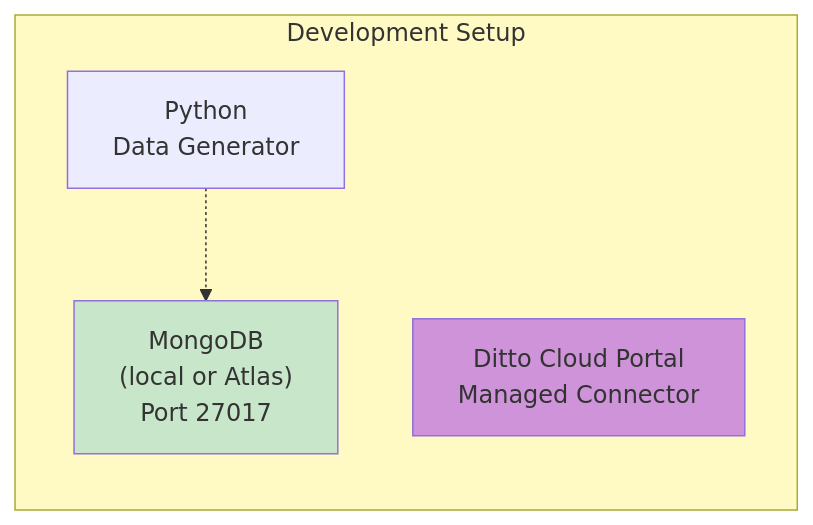
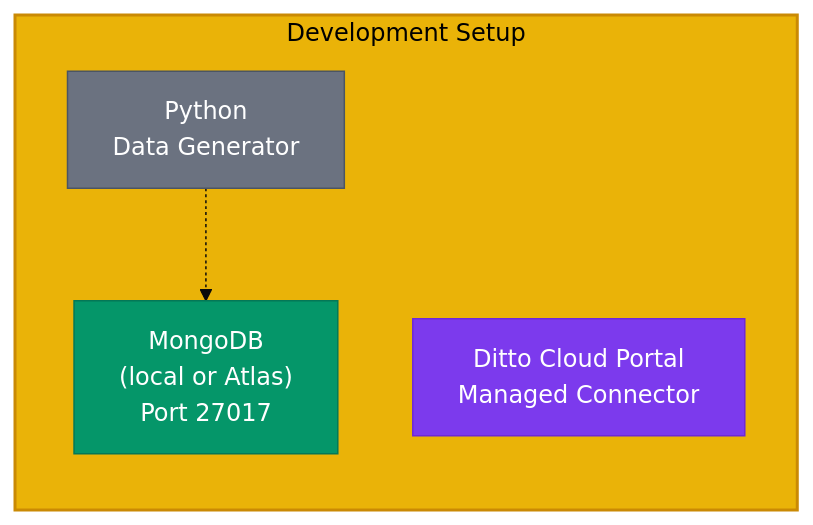
Before and after one commit to ditto-examples/retail-demo-zava-dyi-dataset: the seventh of 9 diagrams in docs/ARCHITECTURE.md, drawn with Mermaid. The commit also changed other lines of this file and 2 other files, not shown here.

Commit message:
feat: fixed diagram rendering colors

````diff
--- a/docs/ARCHITECTURE.md
+++ b/docs/ARCHITECTURE.md
@@ -854,14 +857,16 @@
 ```mermaid
+%%{init: {'theme':'base', 'themeVariables': { 'primaryColor':'#2563eb','primaryTextColor':'#fff','primaryBorderColor':'#1e40af'}}}%%
 graph LR
     subgraph dev["Development Setup"]
         mongodb_dev["MongoDB<br/>(local or Atlas)<br/>Port 27017"]
         portal_dev["Ditto Cloud Portal<br/>Managed Connector"]
         python["Python<br/>Data Generator"]
     end
 
     python -.-> mongodb_dev
 
-    style dev fill:#fff9c4
-    style mongodb_dev fill:#c8e6c9
-    style portal_dev fill:#ce93d8
+    style dev fill:#eab308,stroke:#ca8a04,stroke-width:2px,color:#000
+    style mongodb_dev fill:#059669,stroke:#047857,color:#fff
+    style portal_dev fill:#7c3aed,stroke:#6d28d9,color:#fff
+    style python fill:#6b7280,stroke:#4b5563,color:#fff
 ```
````
